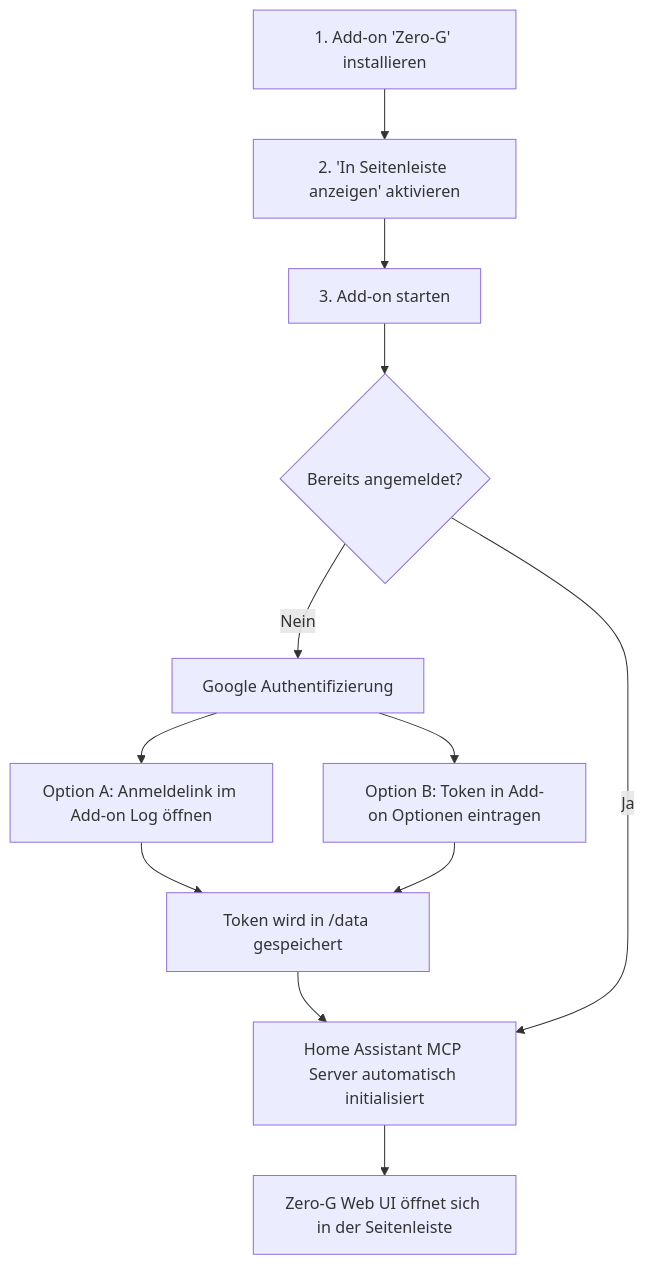
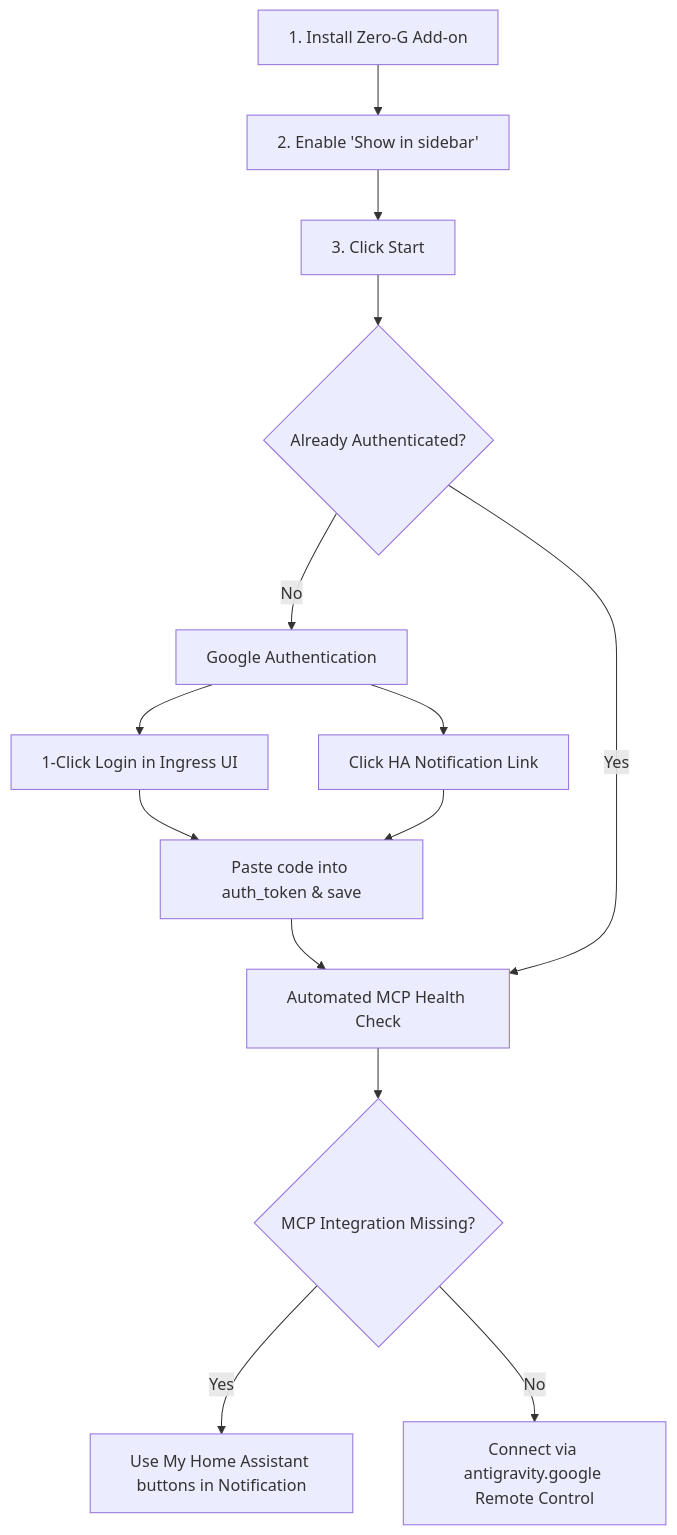
Before and after one commit to seppelw/zero-g: the diagram in README.md, drawn with Mermaid. The commit also changed other lines of this file and 8 other files, not shown here.

````diff
--- a/README.md
+++ b/README.md
@@ -61,14 +63,16 @@
 ```mermaid
 flowchart TD
-    A[1. Add-on 'Zero-G' installieren] --> B[2. 'In Seitenleiste anzeigen' aktivieren]
-    B --> C[3. Add-on starten]
-    C --> D{Bereits angemeldet?}
-    D -- Nein --> E[Google Authentifizierung]
-    E --> F1[Option A: Anmeldelink im Add-on Log öffnen]
-    E --> F2[Option B: Token in Add-on Optionen eintragen]
-    F1 --> G[Token wird in /data gespeichert]
+    A[1. Install Zero-G Add-on] --> B[2. Enable 'Show in sidebar']
+    B --> C[3. Click Start]
+    C --> D{Already Authenticated?}
+    D -- No --> E[Google Authentication]
+    E --> F1[1-Click Login in Ingress UI]
+    E --> F2[Click HA Notification Link]
+    F1 --> G[Paste code into auth_token & save]
     F2 --> G
-    G --> H[Home Assistant MCP Server automatisch initialisiert]
-    D -- Ja --> H
-    H --> I[Zero-G Web UI öffnet sich in der Seitenleiste]
+    G --> H[Automated MCP Health Check]
+    D -- Yes --> H
+    H --> I{MCP Integration Missing?}
+    I -- Yes --> J[Use My Home Assistant buttons in Notification]
+    I -- No --> K[Connect via antigravity.google Remote Control]
 ```
````
